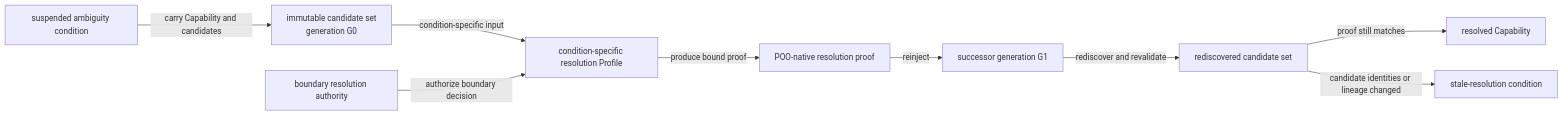
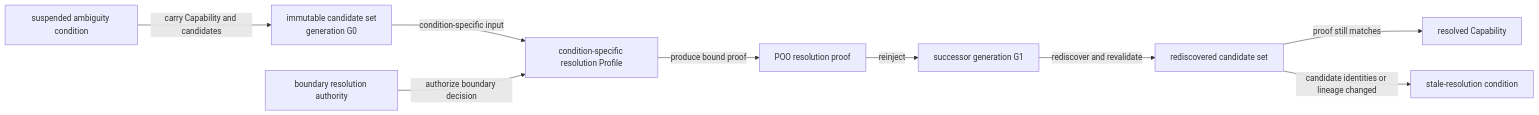
One commit to tao3k/gebril-yuanxu changed the second of 9 diagrams in module-system/design/45-19-capability-ambiguity-resolution-overlay-and-replay.org. Above: the diagram before and after it, drawn with Mermaid. The commit also changed other lines of this file and 1469 other files, not shown here.

```diff
--- a/module-system/design/45-19-capability-ambiguity-resolution-overlay-and-replay.org
+++ b/module-system/design/45-19-capability-ambiguity-resolution-overlay-and-replay.org
@@ -78,21 +78,21 @@
 #+begin_src mermaid
 flowchart LR
     A["suspended ambiguity condition"]
     CS["immutable candidate set<br/>generation G0"]
     RP["condition-specific resolution Profile"]
     AU["boundary resolution authority"]
-    PR["POO-native resolution proof"]
+    PR["POO resolution proof"]
     G1["successor generation G1"]
     RV["rediscovered candidate set"]
     X["resolved Capability"]
     ST["stale-resolution condition"]
 
     A -->|"carry Capability and candidates"| CS
     CS -->|"condition-specific input"| RP
     AU -->|"authorize boundary decision"| RP
     RP -->|"produce bound proof"| PR
     PR -->|"reinject"| G1
     G1 -->|"rediscover and revalidate"| RV
     RV -->|"proof still matches"| X
     RV -->|"candidate identities or lineage changed"| ST
 #+end_src
```
